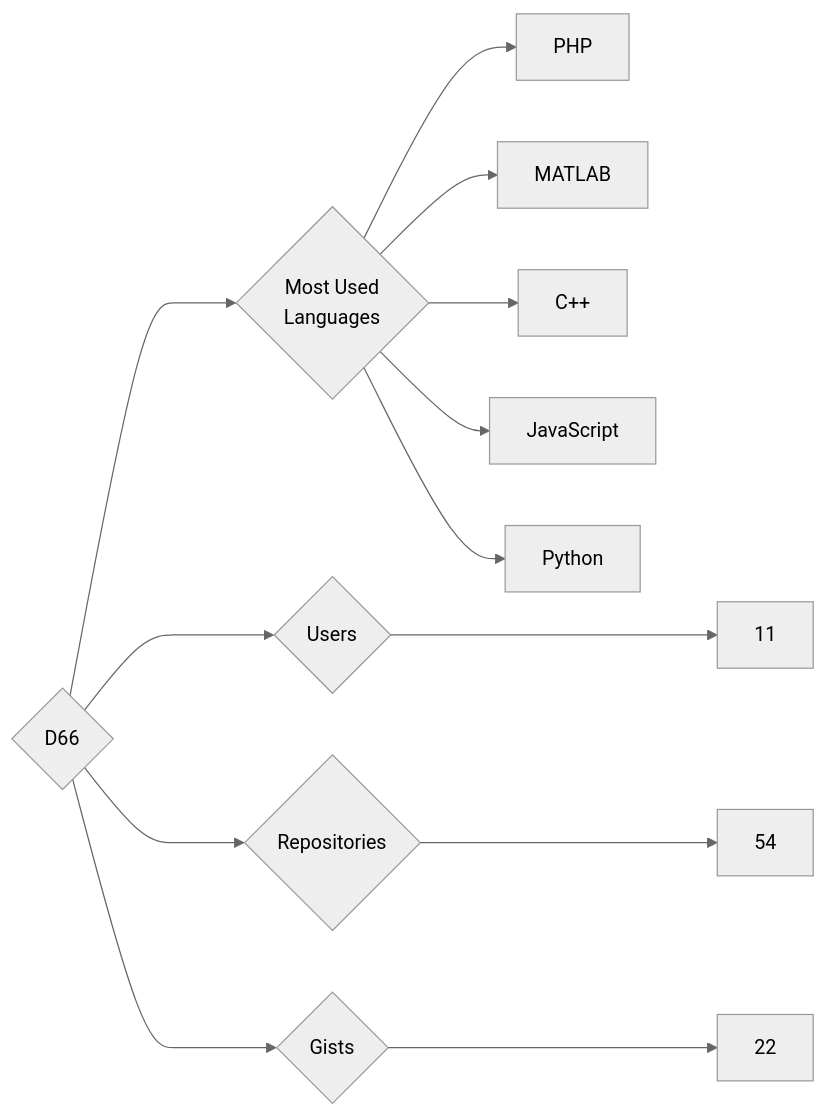
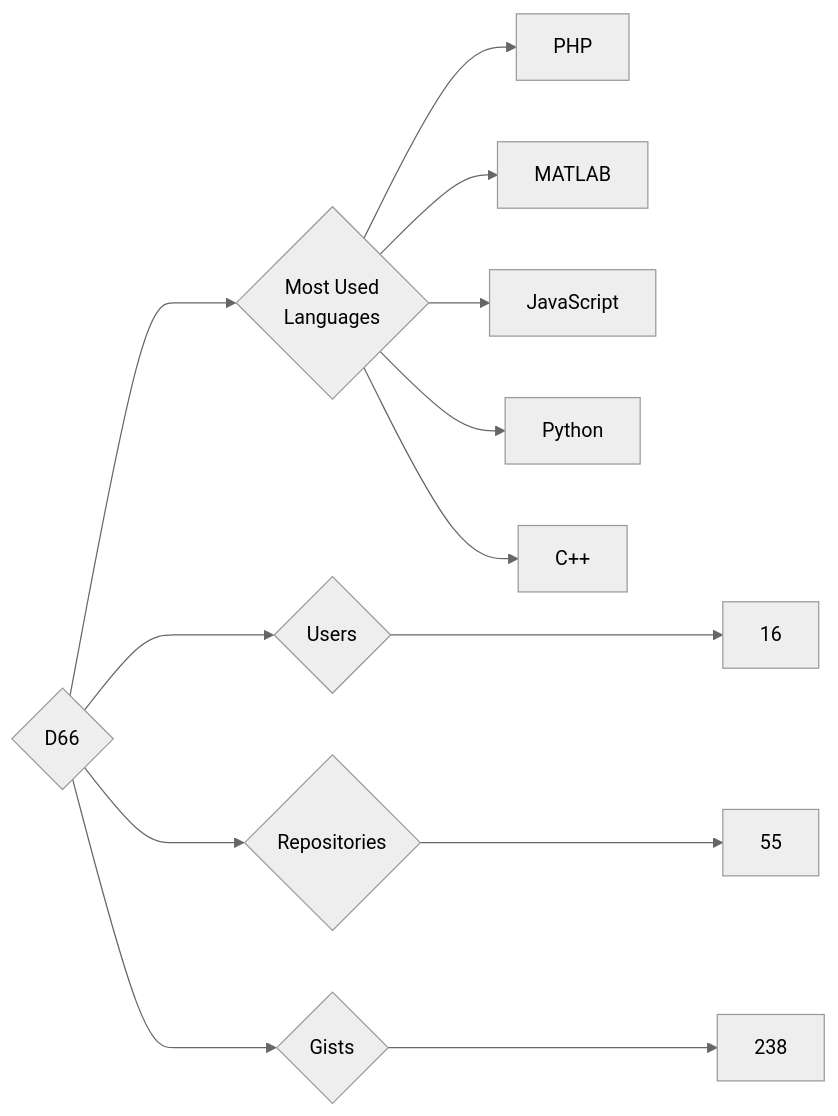
The diagram in targets/D66/README.md (trickest/insiders), drawn with Mermaid (neutral theme) before and after one commit. The commit also changed 757 other files, not shown here.

````diff
--- a/targets/D66/README.md
+++ b/targets/D66/README.md
@@ -3,13 +3,13 @@
 ```mermaid
 graph LR
 COMPANY_NAME{D66}
-COMPANY_NAME ---> U{Users} ---> UN[11]
-COMPANY_NAME ---> R{Repositories} ---> RN[54]
-COMPANY_NAME ---> G{Gists} ---> GN[22]
+COMPANY_NAME ---> U{Users} ---> UN[16]
+COMPANY_NAME ---> R{Repositories} ---> RN[55]
+COMPANY_NAME ---> G{Gists} ---> GN[238]
 COMPANY_NAME ---> ML{Most Used<br>Languages}
 ML --> PHP[PHP]
 ML --> MATLAB[MATLAB]
-ML --> C++[C++]
 ML --> JavaScript[JavaScript]
 ML --> Python[Python]
+ML --> C++[C++]
 ```
````
